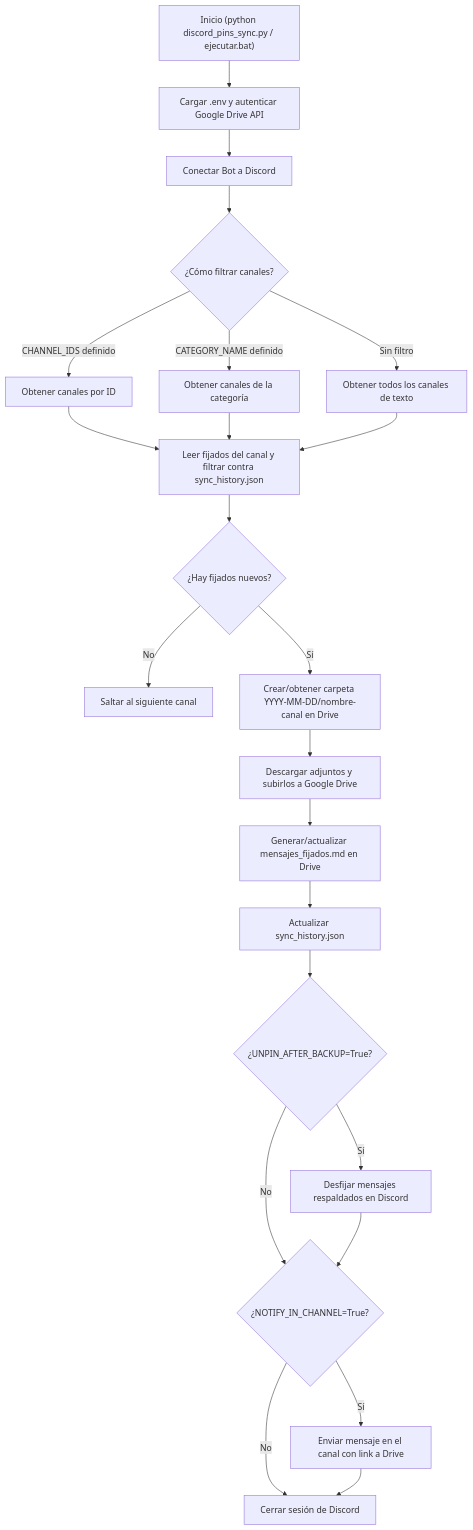
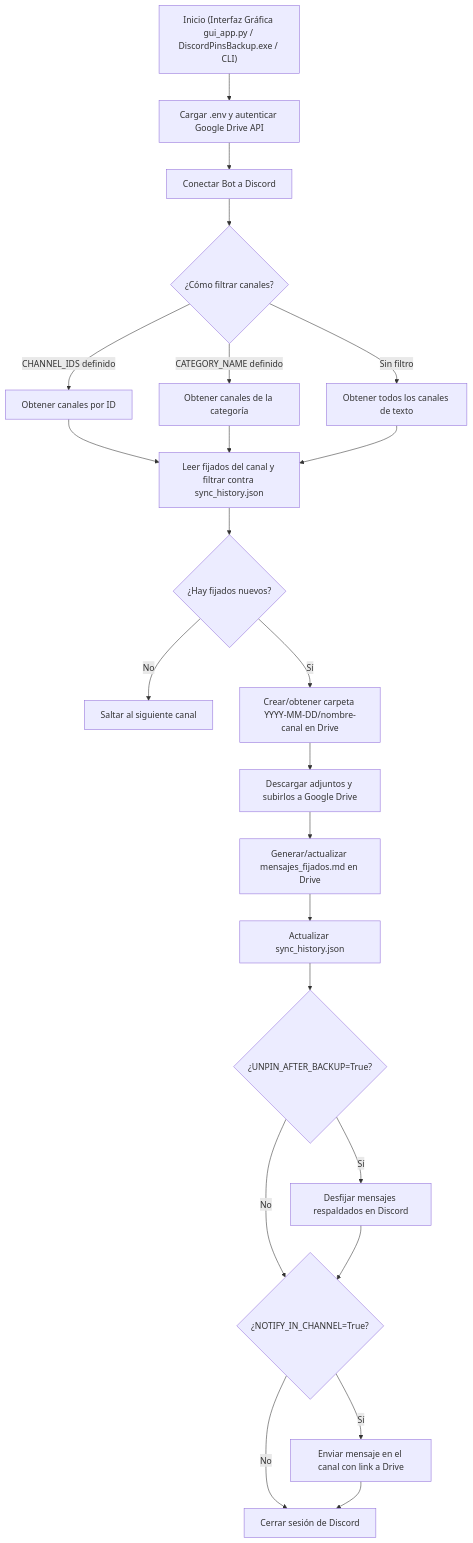
The diagram in README.md (Al3-jandr0/discord-pins), drawn with Mermaid before and after one commit. The commit also changed other lines of this file and 3 other files, not shown here.

````diff
--- a/README.md
+++ b/README.md
@@ -38,23 +41,23 @@
 ```mermaid
 flowchart TD
-    A["Inicio (python discord_pins_sync.py / ejecutar.bat)"] --> B["Cargar .env y autenticar Google Drive API"]
+    A["Inicio (Interfaz Gráfica gui_app.py / DiscordPinsBackup.exe / CLI)"] --> B["Cargar .env y autenticar Google Drive API"]
     B --> C["Conectar Bot a Discord"]
     C --> D{"¿Cómo filtrar canales?"}
     D -->|CHANNEL_IDS definido| E["Obtener canales por ID"]
     D -->|CATEGORY_NAME definido| F["Obtener canales de la categoría"]
     D -->|Sin filtro| G["Obtener todos los canales de texto"]
     E & F & G --> H["Leer fijados del canal y filtrar contra sync_history.json"]
     H --> I{"¿Hay fijados nuevos?"}
     I -->|No| J["Saltar al siguiente canal"]
     I -->|Sí| K["Crear/obtener carpeta YYYY-MM-DD/nombre-canal en Drive"]
     K --> L["Descargar adjuntos y subirlos a Google Drive"]
     L --> M["Generar/actualizar mensajes_fijados.md en Drive"]
     M --> N["Actualizar sync_history.json"]
     N --> O{"¿UNPIN_AFTER_BACKUP=True?"}
     O -->|Sí| P["Desfijar mensajes respaldados en Discord"]
     O -->|No| Q{"¿NOTIFY_IN_CHANNEL=True?"}
     P --> Q
     Q -->|Sí| R["Enviar mensaje en el canal con link a Drive"]
     Q -->|No| S["Cerrar sesión de Discord"]
     R --> S
 ```
````
